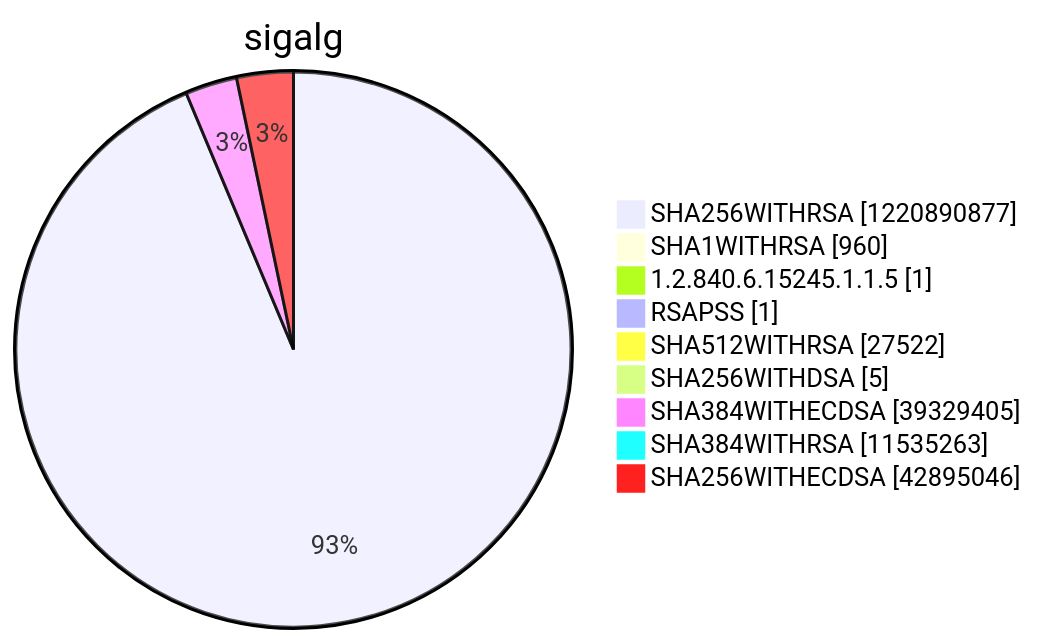
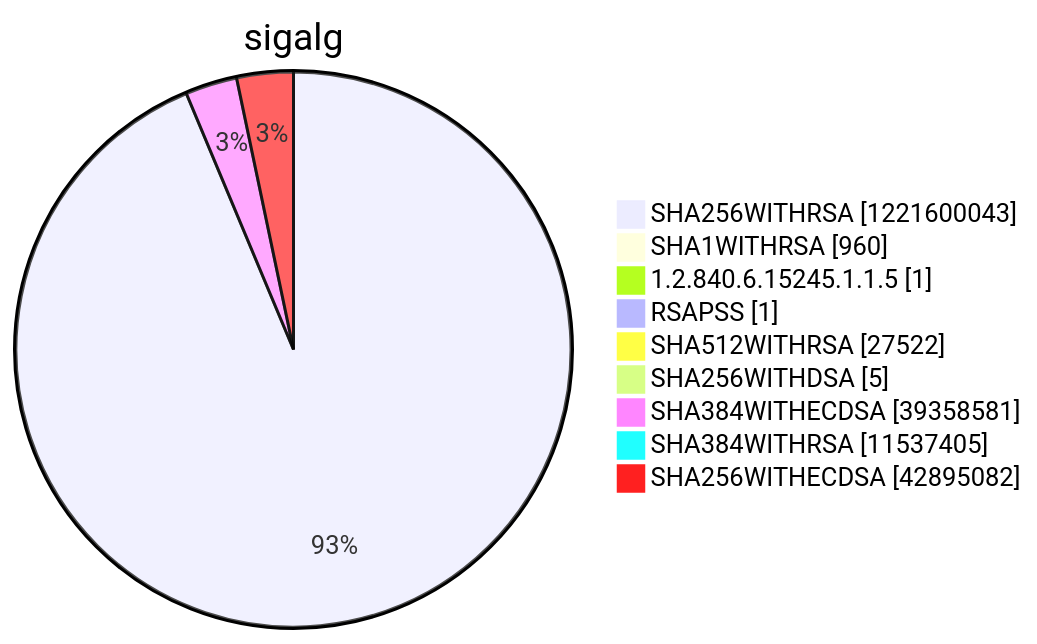
Before and after one commit to christiankrug/ctmonitor_visualization: diagram 15 of 15 in argon2022/README.md, drawn with Mermaid. The commit also changed other lines of this file, not shown here.

````diff
--- a/argon2022/README.md
+++ b/argon2022/README.md
@@ -5521,13 +5521,13 @@
 ```mermaid
 pie showData
 title sigalg
-"SHA256WITHRSA" :1220890877
+"SHA256WITHRSA" :1221600043
 "SHA1WITHRSA" :960
 "1.2.840.6.15245.1.1.5" :1
 "RSAPSS" :1
 "SHA512WITHRSA" :27522
 "SHA256WITHDSA" :5
-"SHA384WITHECDSA" :39329405
-"SHA384WITHRSA" :11535263
-"SHA256WITHECDSA" :42895046
+"SHA384WITHECDSA" :39358581
+"SHA384WITHRSA" :11537405
+"SHA256WITHECDSA" :42895082
 ```
````
